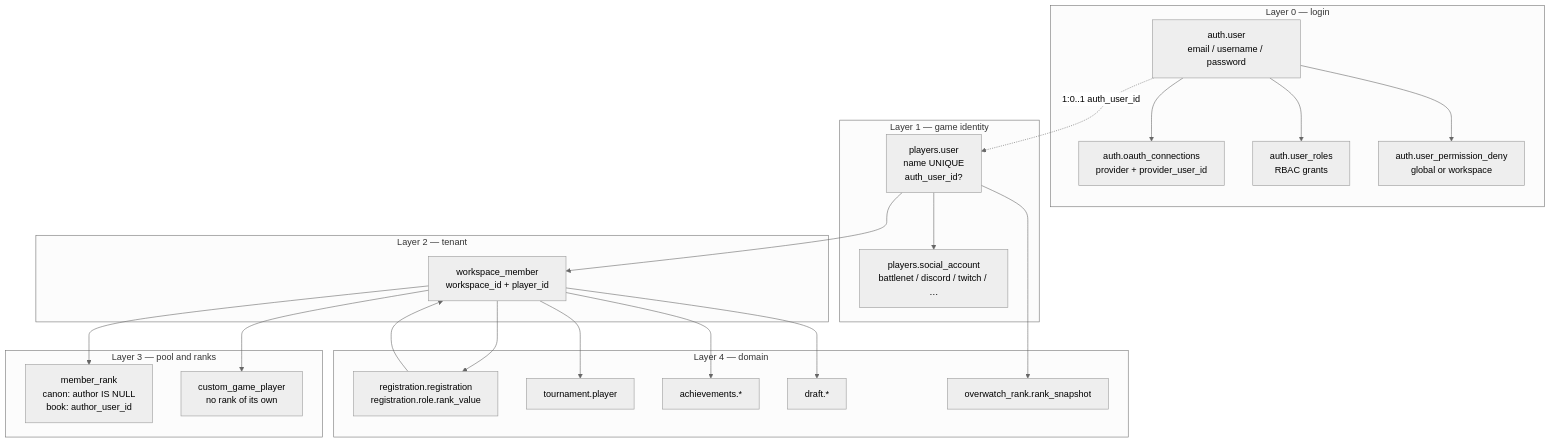
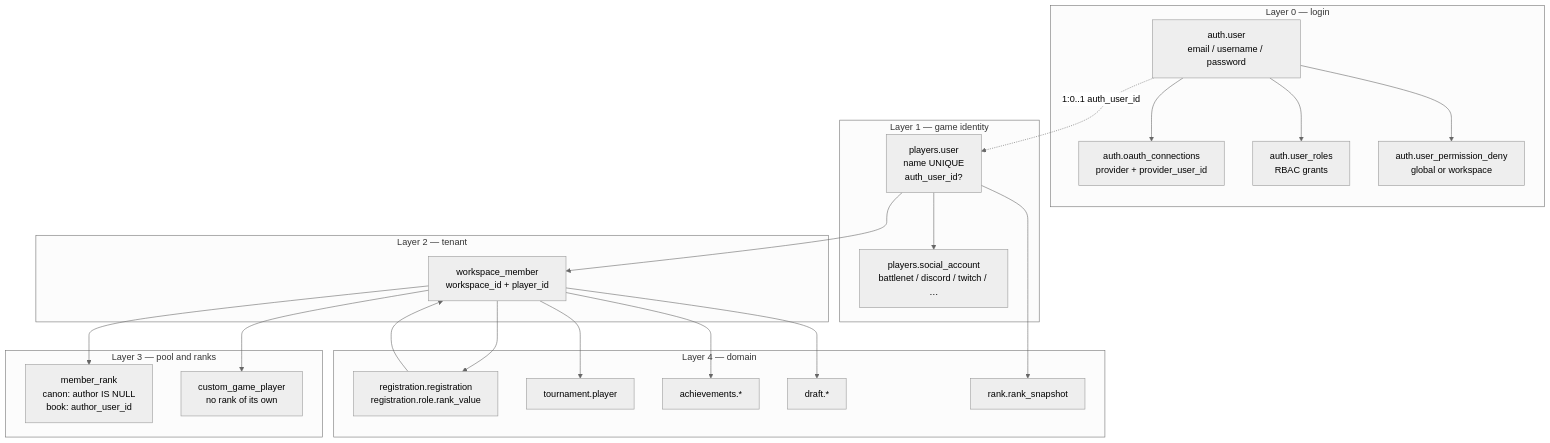
The first of 6 diagrams in docs/users-identity.md (CraazzzyyFoxx/anak-tournaments), drawn with Mermaid (neutral theme) before and after one commit. The commit also changed other lines of this file and 194 other files, not shown here.

First line of the commit message:
feat(rank): Riot sign-on and League of Legends native ranks on one rank schema

````diff
--- a/docs/users-identity.md
+++ b/docs/users-identity.md
@@ -59,46 +59,46 @@
 ```mermaid
 flowchart TB
   subgraph login["Layer 0 — login"]
     AU["auth.user\nemail / username / password"]
     OC["auth.oauth_connections\nprovider + provider_user_id"]
     UR["auth.user_roles\nRBAC grants"]
     DENY["auth.user_permission_deny\nglobal or workspace"]
     AU --> OC
     AU --> UR
     AU --> DENY
   end
 
   subgraph game["Layer 1 — game identity"]
     PU["players.user\nname UNIQUE\nauth_user_id?"]
     SA["players.social_account\nbattlenet / discord / twitch / …"]
     PU --> SA
   end
 
   subgraph tenant["Layer 2 — tenant"]
     WM["workspace_member\nworkspace_id + player_id"]
   end
 
   subgraph mix["Layer 3 — pool and ranks"]
     MR["member_rank\ncanon: author IS NULL\nbook: author_user_id"]
     CG["custom_game_player\nno rank of its own"]
   end
 
   subgraph domain["Layer 4 — domain"]
     REG["registration.registration\nregistration.role.rank_value"]
     TP["tournament.player"]
     ACH["achievements.*"]
     DRAFT["draft.*"]
-    OW["overwatch_rank.rank_snapshot"]
+    OW["rank.rank_snapshot"]
   end
 
   AU -.->|"1:0..1 auth_user_id"| PU
   PU --> WM
   WM --> MR
   WM --> CG
   WM --> REG
   WM --> TP
   WM --> ACH
   WM --> DRAFT
   PU --> OW
   REG --> WM
 ```
````
